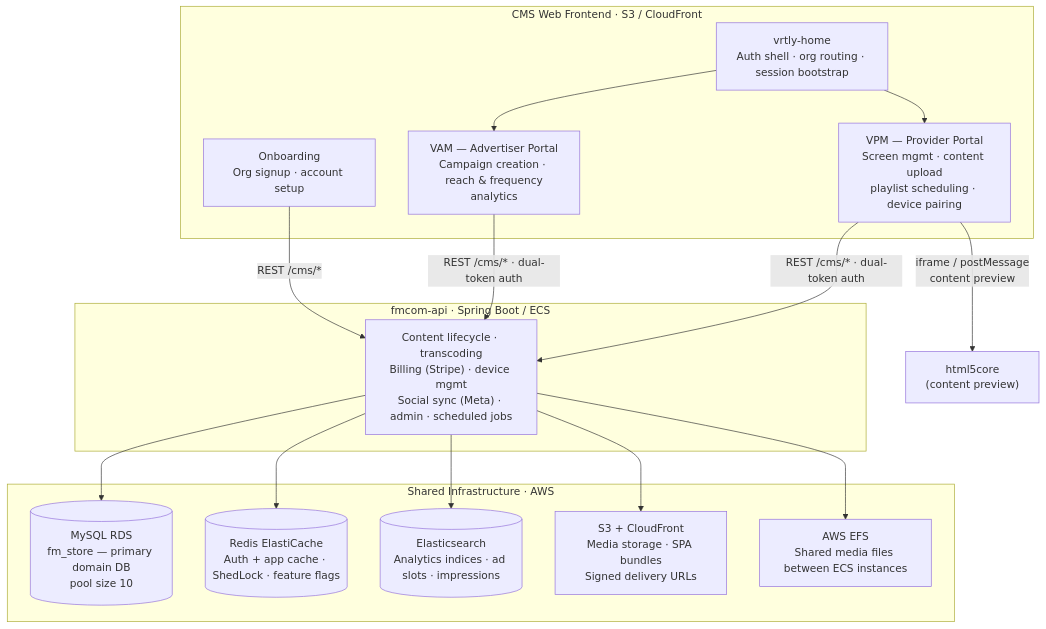
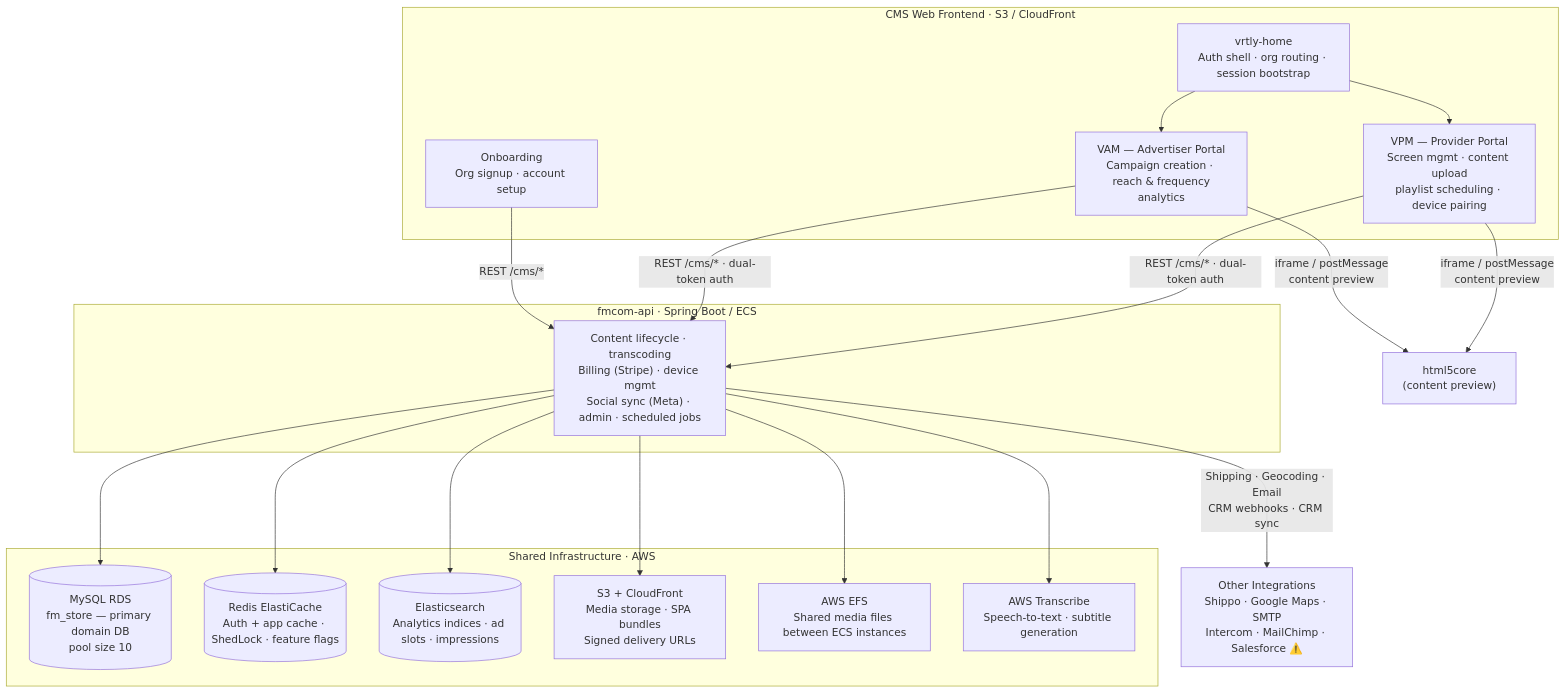
One commit to rafael-torre/vrtly-knowledge-base changed the second of 4 diagrams in layers/layer-3-architecture/intermediate/system-overview-diagram.md. Above: the diagram before and after it, drawn with Mermaid. The commit also changed other lines of this file and 5 other files, not shown here.

````diff
--- a/layers/layer-3-architecture/intermediate/system-overview-diagram.md
+++ b/layers/layer-3-architecture/intermediate/system-overview-diagram.md
@@ -53,36 +54,42 @@
 ```mermaid
 flowchart TD
     subgraph CMS["CMS Web Frontend · S3 / CloudFront"]
         Home["vrtly-home\nAuth shell · org routing · session bootstrap"]
         VPM["VPM — Provider Portal\nScreen mgmt · content upload\nplaylist scheduling · device pairing"]
         VAM["VAM — Advertiser Portal\nCampaign creation · reach & frequency\nanalytics"]
         Onb["Onboarding\nOrg signup · account setup"]
     end
 
     subgraph FMAPI["fmcom-api · Spring Boot / ECS"]
         FMCore["Content lifecycle · transcoding\nBilling (Stripe) · device mgmt\nSocial sync (Meta) · admin · scheduled jobs"]
     end
 
     subgraph Infra["Shared Infrastructure · AWS"]
         MySQL[("MySQL RDS\nfm_store — primary domain DB\npool size 10")]
         Redis[("Redis ElastiCache\nAuth + app cache · ShedLock · feature flags")]
         ES[("Elasticsearch\nAnalytics indices · ad slots · impressions")]
         S3CF["S3 + CloudFront\nMedia storage · SPA bundles\nSigned delivery URLs"]
         EFS["AWS EFS\nShared media files between ECS instances"]
+        Transcribe["AWS Transcribe\nSpeech-to-text · subtitle generation"]
     end
 
     HTML5Preview["html5core\n(content preview)"]
+
+    ExtServices["Other Integrations\nShippo · Google Maps · SMTP\nIntercom · MailChimp · Salesforce ⚠️"]
 
     Home --> VPM
     Home --> VAM
     VPM -->|"REST /cms/* · dual-token auth"| FMCore
     VAM -->|"REST /cms/* · dual-token auth"| FMCore
     Onb -->|"REST /cms/*"| FMCore
     VPM -->|"iframe / postMessage\ncontent preview"| HTML5Preview
+    VAM -->|"iframe / postMessage\ncontent preview"| HTML5Preview
 
     FMCore --> MySQL
     FMCore --> Redis
     FMCore --> ES
     FMCore --> S3CF
     FMCore --> EFS
+    FMCore --> Transcribe
+    FMCore -->|"Shipping · Geocoding · Email\nCRM webhooks · CRM sync"| ExtServices
 ```
````
